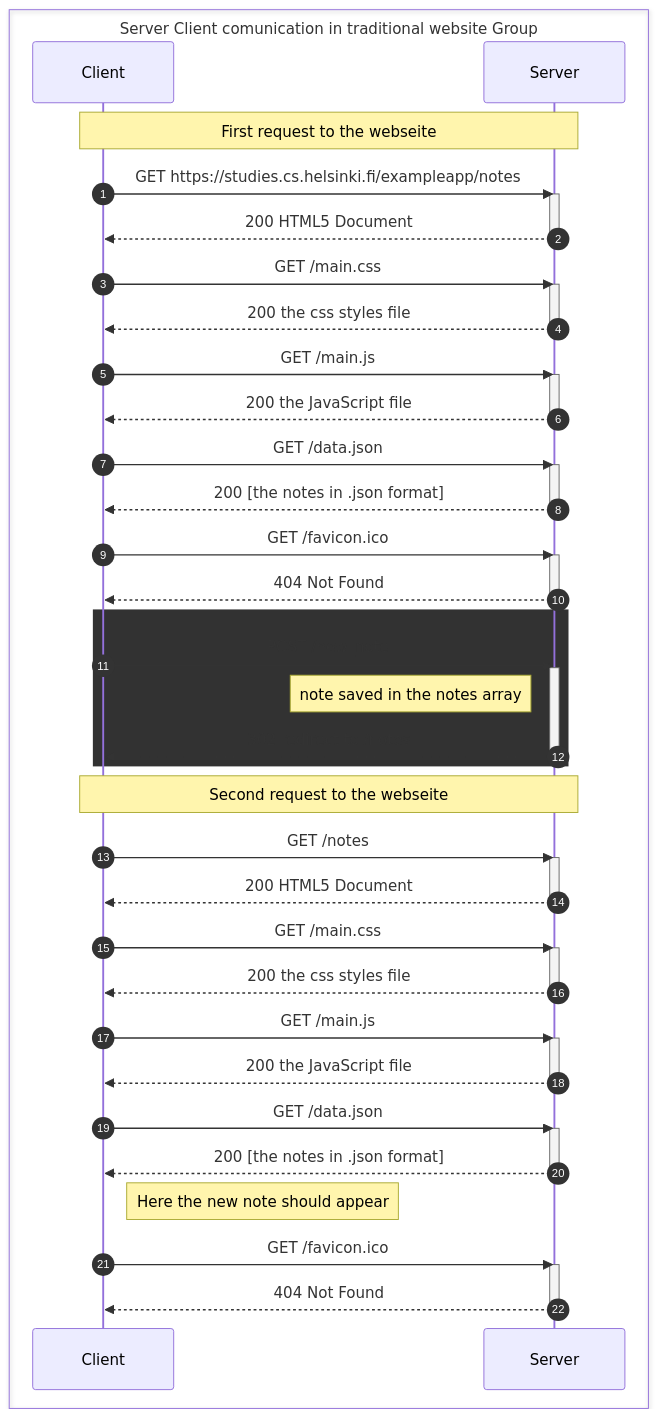
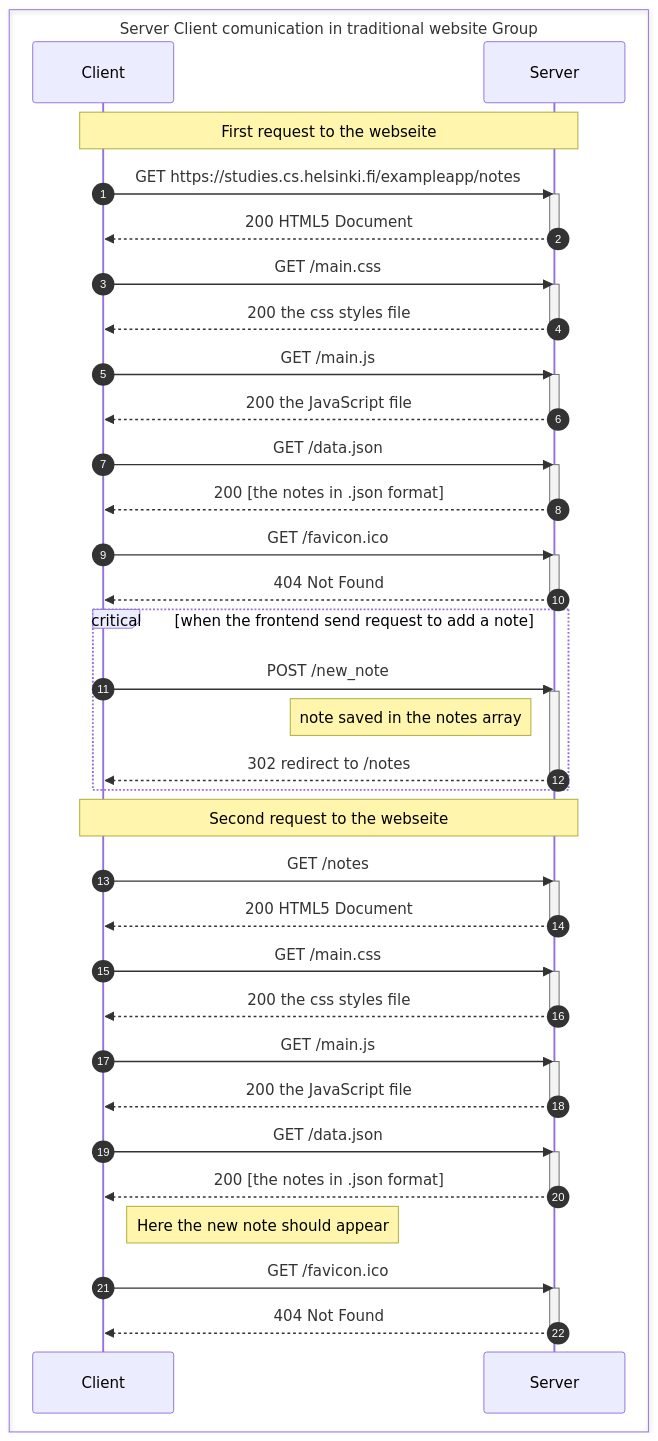
The diagram in part-0/exercise-0.4/exercise-0.4.md (xtvlw/FullStackOpen), drawn with Mermaid before and after one commit.

Commit message:
fixing the issue with themes, before in white themes the color of the text would be dark, unreadable, fixed with critical mermaid

````diff
--- a/part-0/exercise-0.4/exercise-0.4.md
+++ b/part-0/exercise-0.4/exercise-0.4.md
@@ -4,75 +4,75 @@
 ```mermaid
 sequenceDiagram
 	autonumber
 	
     box Server Client comunication in traditional website Group
     	participant Client
     	participant Server
     end
 	
     Note over Server, Client: First request to the webseite
     
 	Client->> Server: GET https://studies.cs.helsinki.fi/exampleapp/notes
     activate Server
     Server-->> Client: 200 HTML5 Document
     deactivate Server
     
 	Client->>Server: GET /main.css
     activate Server
     Server-->>Client: 200 the css styles file
     deactivate Server
     
     Client->>Server: GET /main.js
     activate Server
     Server-->>Client: 200 the JavaScript file
     deactivate Server
         
     Client->>Server: GET /data.json
     activate Server
     Server-->>Client: 200 [the notes in .json format]
     deactivate Server
 
 	Client->> Server: GET /favicon.ico
     activate Server
     Server-->> Client: 404 Not Found
     deactivate Server
 
-    rect rgba(50, 50, 50)
+    critical when the frontend send request to add a note 
     	Client->> Server: POST /new_note
         activate Server
         
         note left of Server: note saved in the notes array
         
         Server-->> Client: 302 redirect to /notes
         deactivate Server
 	end
     
 	Note over Server, Client: Second request to the webseite
 
 	Client->> Server: GET /notes
     activate Server
     Server-->> Client: 200 HTML5 Document
     deactivate Server
     
 	Client->>Server: GET /main.css
     activate Server
     Server-->>Client: 200 the css styles file
     deactivate Server
     
     Client->>Server: GET /main.js
     activate Server
     Server-->>Client: 200 the JavaScript file
     deactivate Server
         
     Client->>Server: GET /data.json
     activate Server
     Server-->>Client: 200 [the notes in .json format]
     deactivate Server   
     note right of Client: Here the new note should appear
 
 	Client->> Server: GET /favicon.ico
     activate Server
     Server-->> Client: 404 Not Found
     deactivate Server
     
 ```
````
